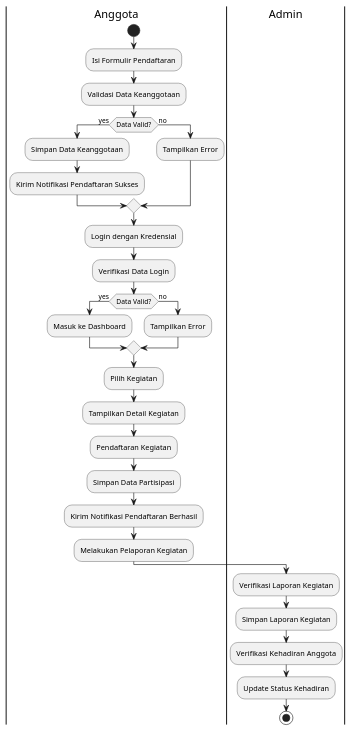
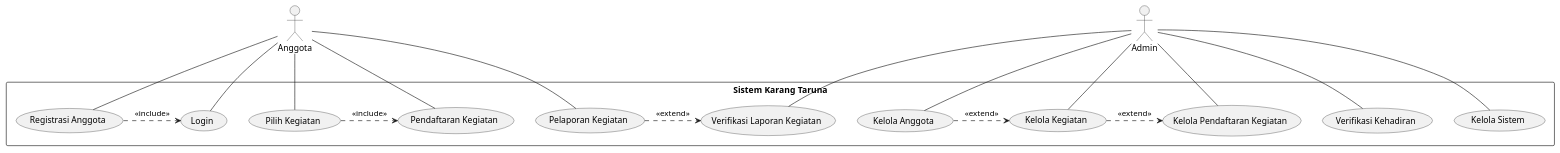
The diagram in UAS_DAA/.puml (Chandss28/UAS_DAA), drawn with PlantUML before and after one commit.

```diff
--- a/UAS_DAA/.puml
+++ b/UAS_DAA/.puml
@@ -1,45 +1,26 @@
 @startuml
-|Anggota|
-start
-:Isi Formulir Pendaftaran;
-:Validasi Data Keanggotaan;
-if (Data Valid?) then (yes)
-  :Simpan Data Keanggotaan;
-  :Kirim Notifikasi Pendaftaran Sukses;
-else (no)
-  :Tampilkan Error;
-endif
+actor Anggota
+actor Admin
 
-|Anggota|
-:Login dengan Kredensial;
-:Verifikasi Data Login;
-if (Data Valid?) then (yes)
-  :Masuk ke Dashboard;
-else (no)
-  :Tampilkan Error;
-endif
+rectangle "Sistem Karang Taruna" {
+  Anggota -- (Registrasi Anggota)
+  Anggota -- (Login)
+  Anggota -- (Pilih Kegiatan)
+  Anggota -- (Pendaftaran Kegiatan)
+  Anggota -- (Pelaporan Kegiatan)
 
-|Anggota|
-:Pilih Kegiatan;
-:Tampilkan Detail Kegiatan;
+  Admin -- (Verifikasi Laporan Kegiatan)
+  Admin -- (Verifikasi Kehadiran)
+  Admin -- (Kelola Anggota)
+  Admin -- (Kelola Kegiatan)
+  Admin -- (Kelola Sistem)
+  Admin -- (Kelola Pendaftaran Kegiatan)
+}
 
-|Anggota|
-:Pendaftaran Kegiatan;
-:Simpan Data Partisipasi;
-:Kirim Notifikasi Pendaftaran Berhasil;
+(Registrasi Anggota) .> (Login) : <<include>>
+(Pilih Kegiatan) .> (Pendaftaran Kegiatan) : <<include>>
+(Pelaporan Kegiatan) .> (Verifikasi Laporan Kegiatan) : <<extend>>
+(Kelola Anggota) .> (Kelola Kegiatan) : <<extend>>
+(Kelola Kegiatan) .> (Kelola Pendaftaran Kegiatan) : <<extend>>
 
-|Anggota|
-:Melakukan Pelaporan Kegiatan;
-
-|Admin|
-:Verifikasi Laporan Kegiatan;
-
-|Admin|
-:Simpan Laporan Kegiatan;
-
-|Admin|
-:Verifikasi Kehadiran Anggota;
-:Update Status Kehadiran;
-
-stop
 @enduml
```
